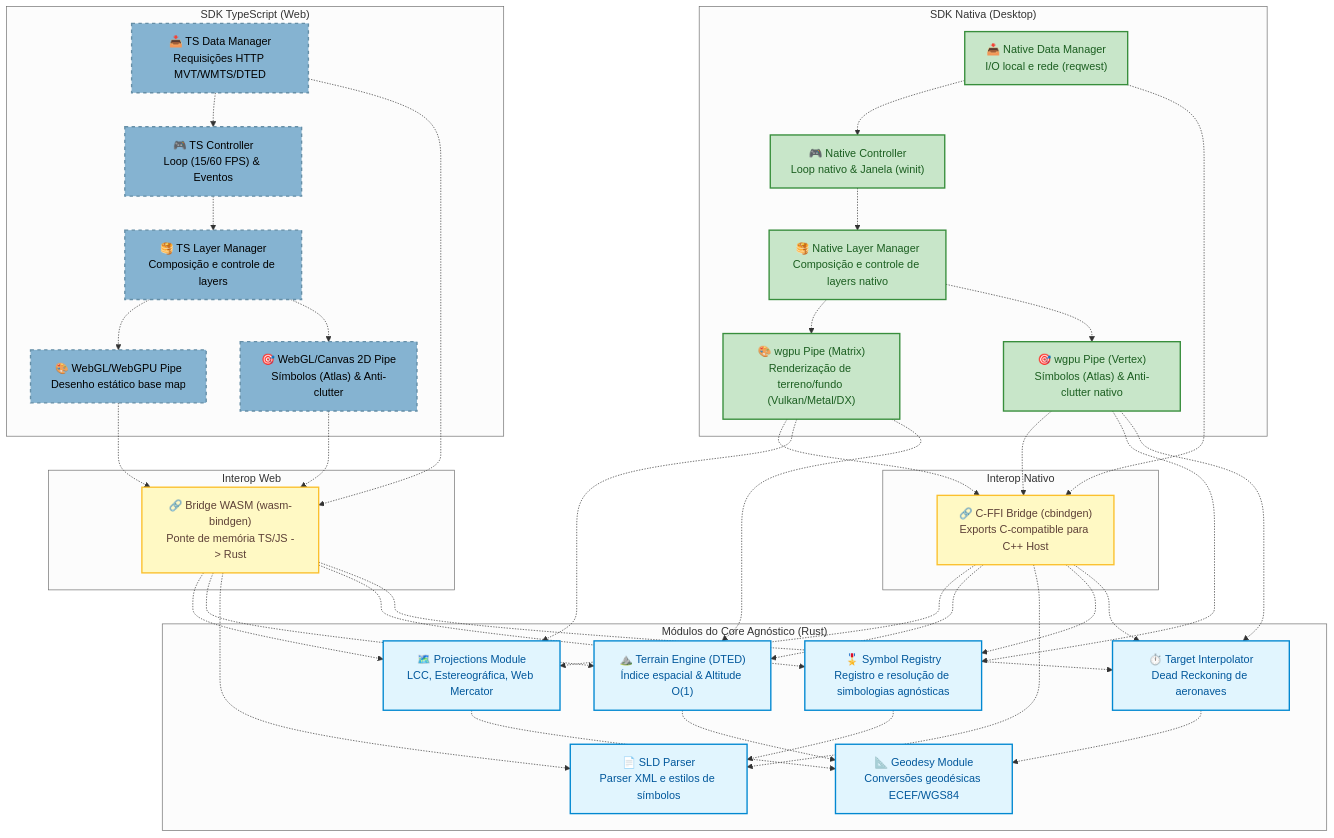
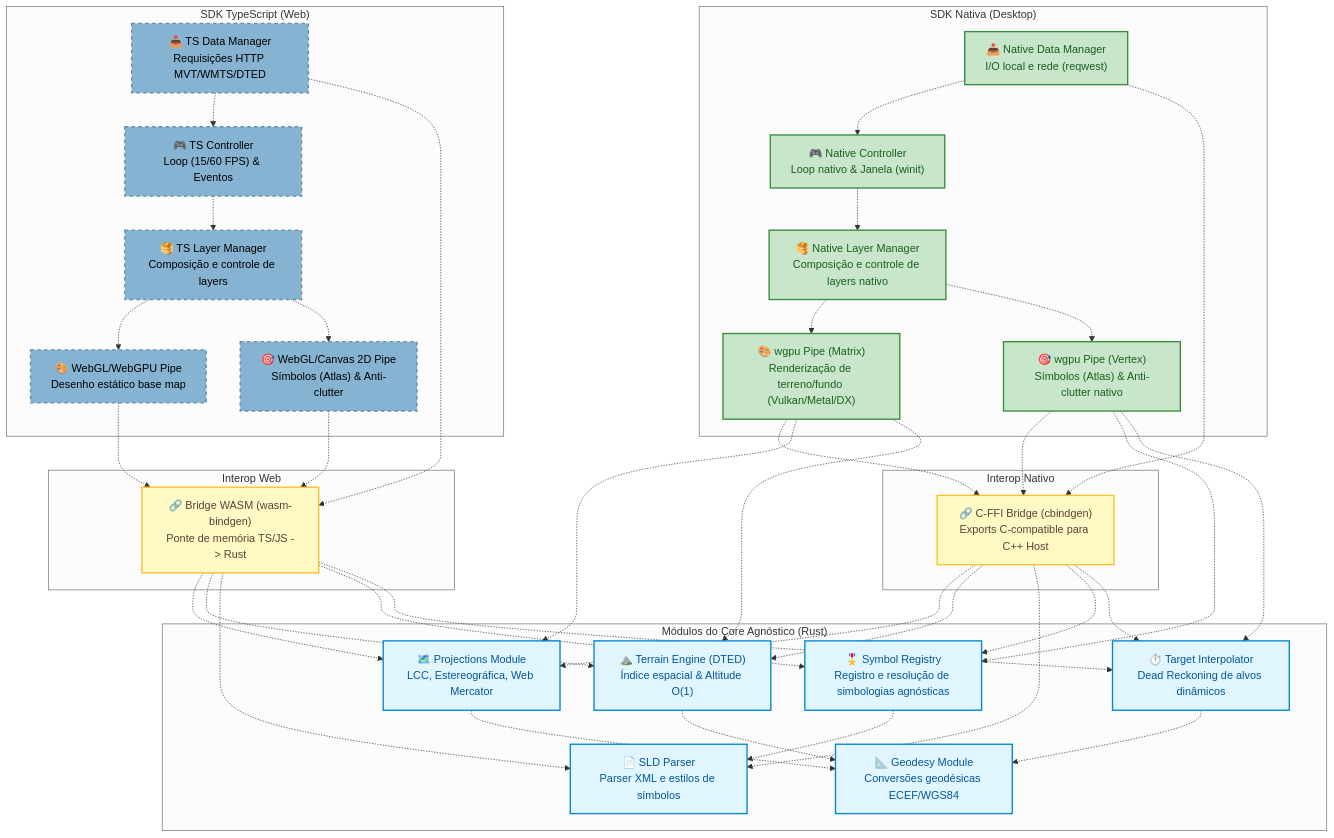
One commit to rodoni/olayer changed the third of 5 diagrams in docs/arch.md. Above: the diagram before and after it, drawn with Mermaid (neutral theme). The commit also changed other lines of this file and 36 other files, not shown here.

Commit message:
Develop core::symbol_registry, core::interpolator and core::terrain

```diff
--- a/docs/arch.md
+++ b/docs/arch.md
@@ -163,7 +163,7 @@
         terrain["⛰️ Terrain Engine (DTED)<br>Índice espacial & Altitude O(1)"]:::coreComponent
         sld_parser["📄 SLD Parser<br>Parser XML e estilos de símbolos"]:::coreComponent
         symbol_registry["🎖️ Symbol Registry<br>Registro e resolução de simbologias agnósticas"]:::coreComponent
-        interpolator["⏱️ Target Interpolator<br>Dead Reckoning de aeronaves"]:::coreComponent
+        interpolator["⏱️ Target Interpolator<br>Dead Reckoning de alvos dinâmicos"]:::coreComponent
     end
 
     %% Relações SDK TS
```
